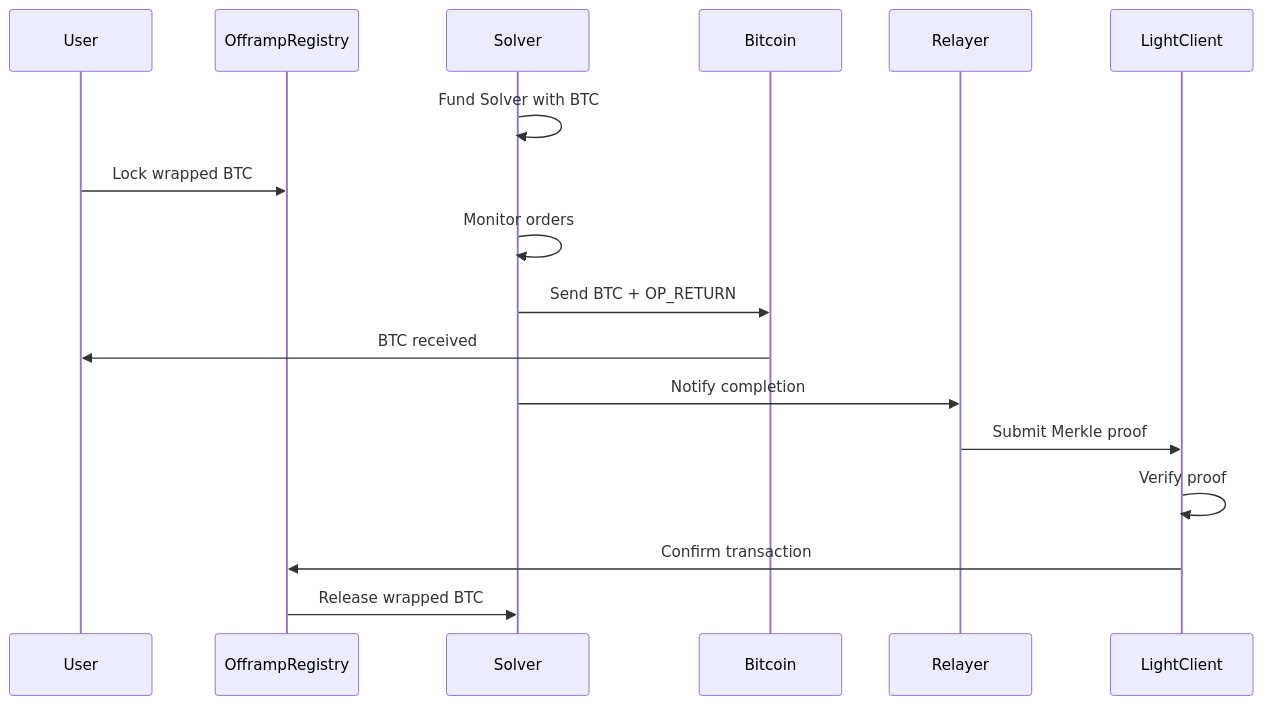
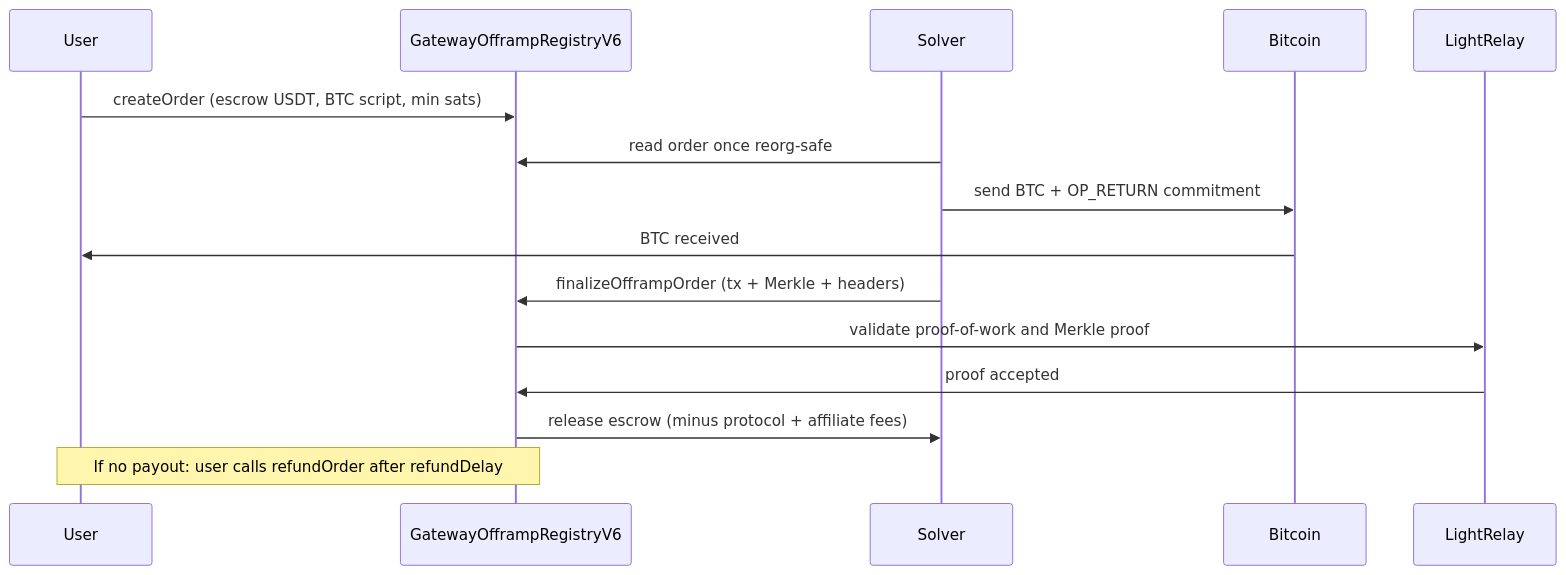
The second of 2 diagrams in gateway-docs/content/docs/gateway/technical.mdx (bob-collective/bob), drawn with Mermaid before and after one commit. The commit also changed other lines of this file and 2 other files, not shown here.

````diff
--- a/gateway-docs/content/docs/gateway/technical.mdx
+++ b/gateway-docs/content/docs/gateway/technical.mdx
@@ -132,20 +144,18 @@
 ```mermaid
 sequenceDiagram
     participant User
-    participant OfframpRegistry
+    participant Registry as GatewayOfframpRegistryV6
     participant Solver
     participant Bitcoin
-    participant Relayer
-    participant LightClient
+    participant LightRelay
 
-    Solver->>Solver: Fund Solver with BTC
-    User->>OfframpRegistry: Lock wrapped BTC
-    Solver->>Solver: Monitor orders
-    Solver->>Bitcoin: Send BTC + OP_RETURN
+    User->>Registry: createOrder (escrow USDT, BTC script, min sats)
+    Solver->>Registry: read order once reorg-safe
+    Solver->>Bitcoin: send BTC + OP_RETURN commitment
     Bitcoin->>User: BTC received
-    Solver->>Relayer: Notify completion
-    Relayer->>LightClient: Submit Merkle proof
-    LightClient->>LightClient: Verify proof
-    LightClient->>OfframpRegistry: Confirm transaction
-    OfframpRegistry->>Solver: Release wrapped BTC
+    Solver->>Registry: finalizeOfframpOrder (tx + Merkle + headers)
+    Registry->>LightRelay: validate proof-of-work and Merkle proof
+    LightRelay->>Registry: proof accepted
+    Registry->>Solver: release escrow (minus protocol + affiliate fees)
+    Note over User,Registry: If no payout: user calls refundOrder after refundDelay
 ```
````
